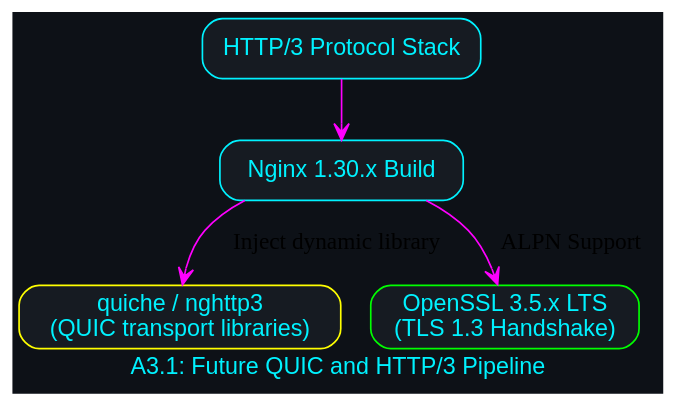
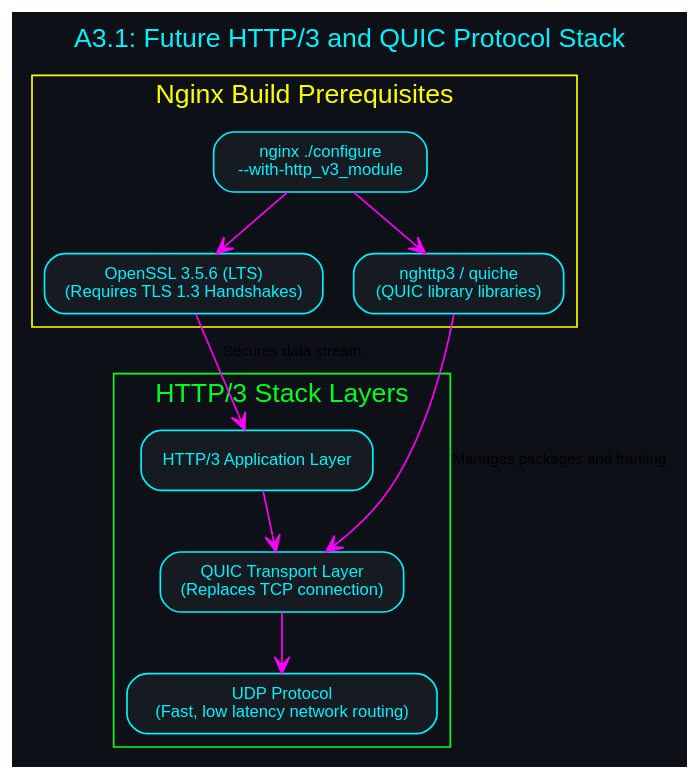
One commit to danindiana/hybrid-framework changed the diagram in diagrams/compilations/future_quic_http3.dot. Above: the diagram before and after it, drawn with Graphviz. The commit also changed 74 other files, not shown here.

Commit message:
docs: expand compilation diagrams to include detailed subgraphs and annotations

```diff
--- a/diagrams/compilations/future_quic_http3.dot
+++ b/diagrams/compilations/future_quic_http3.dot
@@ -1,14 +1,32 @@
 digraph FutureQUIC {
-        graph [bgcolor="#0d1117", fontname="Helvetica", fontcolor="#00f2ff", label="A3.1: Future QUIC and HTTP/3 Pipeline"];
-        node [shape=box, style="filled,rounded", color="#00f2ff", fontcolor="#00f2ff", fillcolor="#161b22", fontname="Helvetica"];
-        edge [color="#ff00ff", arrowhead=vee];
+        graph [bgcolor="#0d1117", fontname="Helvetica", fontcolor="#00f2ff", label="A3.1: Future HTTP/3 and QUIC Protocol Stack", labelloc="t", fontsize=16];
+        node [shape=box, style="filled,rounded", color="#00f2ff", fontcolor="#00f2ff", fillcolor="#161b22", fontname="Helvetica", fontsize=10];
+        edge [color="#ff00ff", arrowhead=vee, fontname="Helvetica", fontsize=9];
 
-        HTTP3_Standard [label="HTTP/3 Protocol Stack"];
-        Nginx_130 [label="Nginx 1.30.x Build"];
-        Quiche [label="quiche / nghttp3\n(QUIC transport libraries)", color="#ffff00"];
-        Secure_SSL [label="OpenSSL 3.5.x LTS\n(TLS 1.3 Handshake)", color="#00ff00"];
+        subgraph cluster_http3_layers {
+            label = "HTTP/3 Stack Layers";
+            color = "#00ff22";
+            fontcolor = "#00ff22";
+            HTTP3 [label="HTTP/3 Application Layer"];
+            QUIC [label="QUIC Transport Layer\n(Replaces TCP connection)"];
+            UDP [label="UDP Protocol\n(Fast, low latency network routing)"];
+            
+            HTTP3 -> QUIC;
+            QUIC -> UDP;
+        }
 
-        HTTP3_Standard -> Nginx_130;
-        Nginx_130 -> Quiche [label="Inject dynamic library"];
-        Nginx_130 -> Secure_SSL [label="ALPN Support"];
+        subgraph cluster_nginx_http3 {
+            label = "Nginx Build Prerequisites";
+            color = "#ffff00";
+            fontcolor = "#ffff00";
+            Nginx_Configure [label="nginx ./configure\n--with-http_v3_module"];
+            TLS13_OpenSSL [label="OpenSSL 3.5.6 (LTS)\n(Requires TLS 1.3 Handshakes)"];
+            Quic_Transport [label="nghttp3 / quiche\n(QUIC library libraries)"];
+            
+            Nginx_Configure -> TLS13_OpenSSL;
+            Nginx_Configure -> Quic_Transport;
+        }
+
+        TLS13_OpenSSL -> HTTP3 [label="Secures data stream"];
+        Quic_Transport -> QUIC [label="Manages packages and framing"];
     }
```
